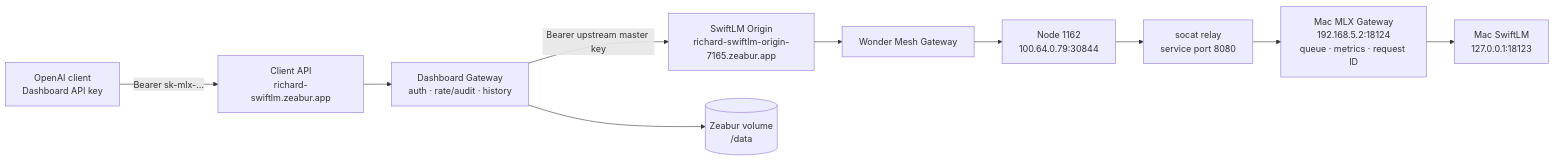
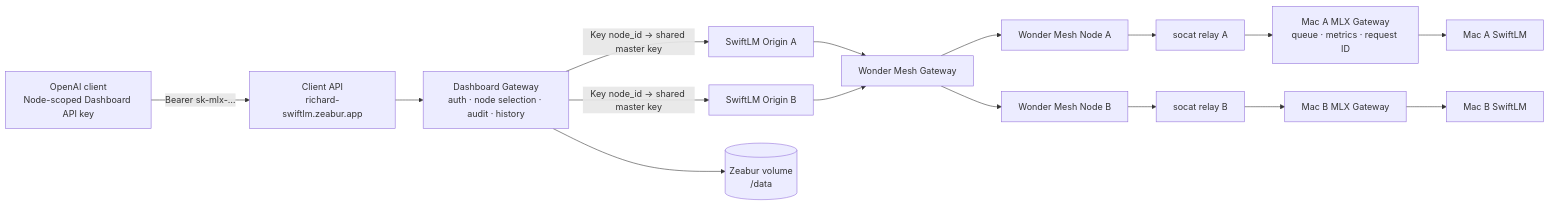
The second of 6 diagrams in docs/wonder-mesh-local-api.md (richard880502/swiftlm-platform), drawn with Mermaid before and after one commit. The commit also changed other lines of this file and 12 other files, not shown here.

Commit message:
Add node-scoped SwiftLM dashboard management

````diff
--- a/docs/wonder-mesh-local-api.md
+++ b/docs/wonder-mesh-local-api.md
@@ -35,22 +35,26 @@
 ```mermaid
 flowchart LR
-    Client["OpenAI client<br/>Dashboard API key"]
+    Client["OpenAI client<br/>Node-scoped Dashboard API key"]
     Public["Client API<br/>richard-swiftlm.zeabur.app"]
-    Dashboard["Dashboard Gateway<br/>auth · rate/audit · history"]
-    Origin["SwiftLM Origin<br/>richard-swiftlm-origin-7165.zeabur.app"]
+    Dashboard["Dashboard Gateway<br/>auth · node selection · audit · history"]
+    OriginA["SwiftLM Origin A"]
+    OriginB["SwiftLM Origin B"]
     Mesh["Wonder Mesh Gateway"]
-    Node["Node 1162<br/>100.64.0.79:30844"]
-    Relay["socat relay<br/>service port 8080"]
-    MLXGateway["Mac MLX Gateway<br/>192.168.5.2:18124<br/>queue · metrics · request ID"]
-    SwiftLM["Mac SwiftLM<br/>127.0.0.1:18123"]
+    NodeA["Wonder Mesh Node A"]
+    NodeB["Wonder Mesh Node B"]
+    RelayA["socat relay A"]
+    RelayB["socat relay B"]
+    MLXGatewayA["Mac A MLX Gateway<br/>queue · metrics · request ID"]
+    SwiftLMA["Mac A SwiftLM"]
+    MLXGatewayB["Mac B MLX Gateway"]
+    SwiftLMB["Mac B SwiftLM"]
     Data[("Zeabur volume<br/>/data")]
 
     Client -->|"Bearer sk-mlx-…"| Public
     Public --> Dashboard
-    Dashboard -->|"Bearer upstream master key"| Origin
+    Dashboard -->|"Key node_id → shared master key"| OriginA
+    Dashboard -->|"Key node_id → shared master key"| OriginB
     Dashboard --> Data
-    Origin --> Mesh
-    Mesh --> Node
-    Node --> Relay
-    Relay --> MLXGateway --> SwiftLM
+    OriginA --> Mesh --> NodeA --> RelayA --> MLXGatewayA --> SwiftLMA
+    OriginB --> Mesh --> NodeB --> RelayB --> MLXGatewayB --> SwiftLMB
 ```
````
